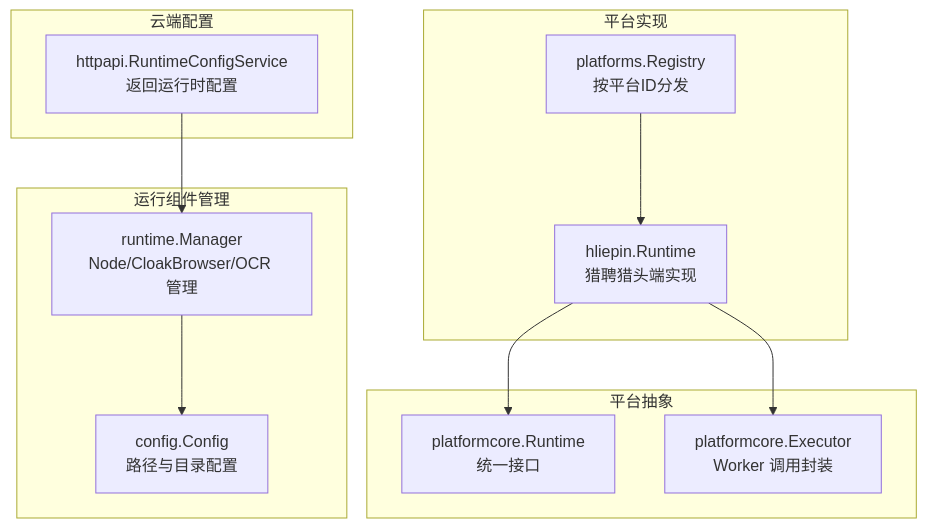
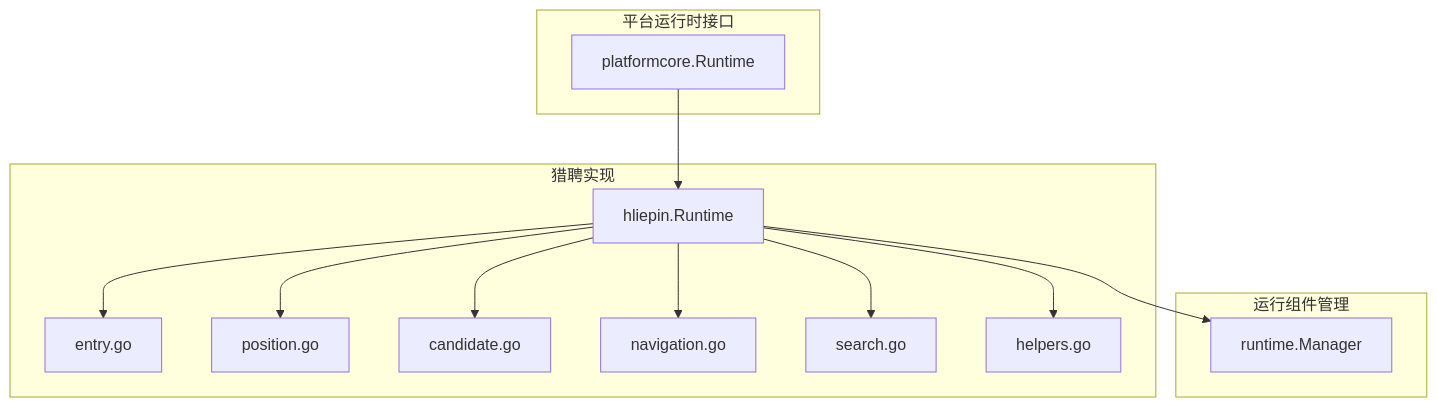
Before and after one commit to alvinwangzi/goodhr: the first of 7 diagrams in .qoder/repowiki/zh/content/本地执行器/平台适配器/猎聘适配器/运行时管理.md, drawn with Mermaid. The commit also changed other lines of this file and 149 other files, not shown here.

````diff
--- a/.qoder/repowiki/zh/content/本地执行器/平台适配器/猎聘适配器/运行时管理.md
+++ b/.qoder/repowiki/zh/content/本地执行器/平台适配器/猎聘适配器/运行时管理.md
@@ -44,23 +39,26 @@
 ```mermaid
 graph TB
-subgraph "平台抽象"
-A["platformcore.Runtime<br/>统一接口"]
-B["platformcore.Executor<br/>Worker 调用封装"]
+subgraph "平台运行时接口"
+PC["platformcore.Runtime"]
 end
-subgraph "平台实现"
-C["hliepin.Runtime<br/>猎聘猎头端实现"]
-D["platforms.Registry<br/>按平台ID分发"]
+subgraph "猎聘实现"
+HRT["hliepin.Runtime"]
+HENT["entry.go"]
+HPOS["position.go"]
+HCAND["candidate.go"]
+HNAV["navigation.go"]
+HSEARCH["search.go"]
+HHLP["helpers.go"]
 end
 subgraph "运行组件管理"
-E["runtime.Manager<br/>Node/CloakBrowser/OCR 管理"]
-F["config.Config<br/>路径与目录配置"]
+RMGR["runtime.Manager"]
 end
-subgraph "云端配置"
-G["httpapi.RuntimeConfigService<br/>返回运行时配置"]
-end
-D --> C
-C --> A
-C --> B
-E --> F
-G --> E
+PC --> HRT
+HRT --> HENT
+HRT --> HPOS
+HRT --> HCAND
+HRT --> HNAV
+HRT --> HSEARCH
+HRT --> HHLP
+HRT --> RMGR
 ```
````
